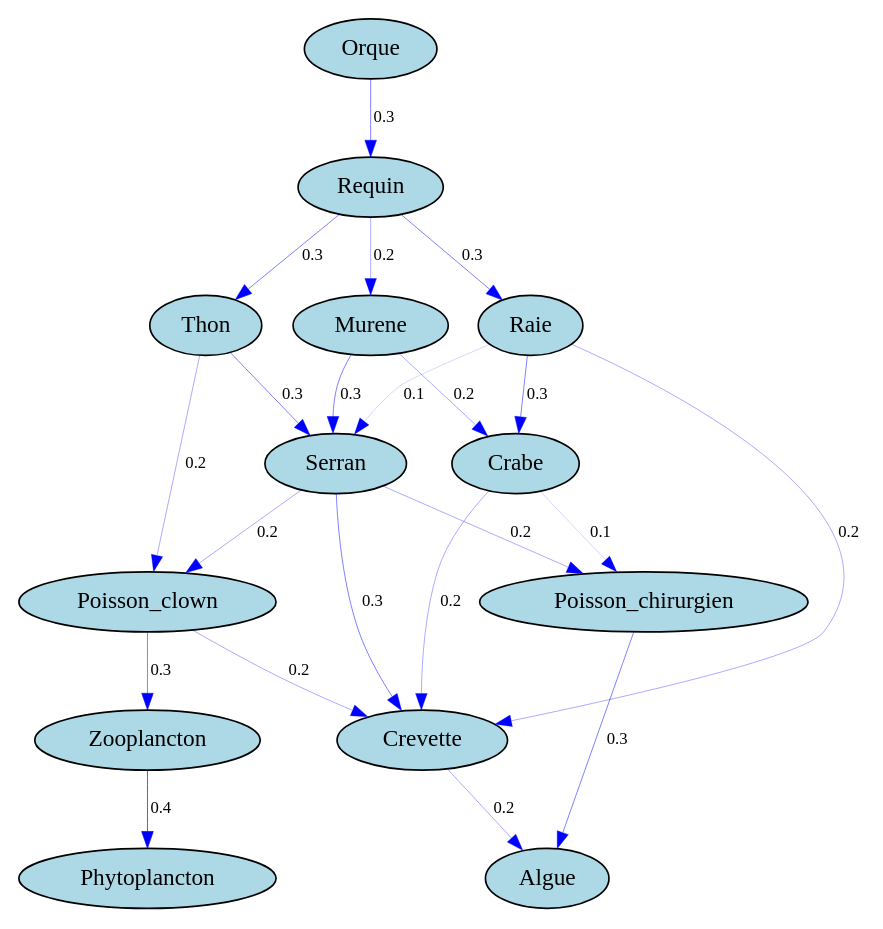
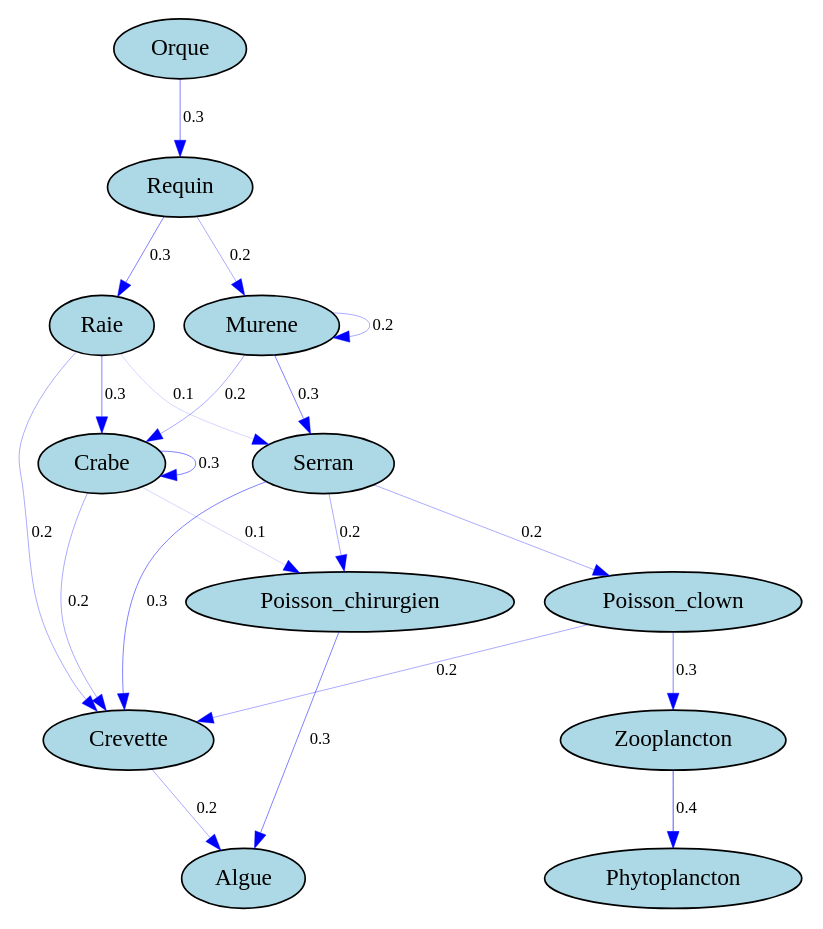
One commit to AliceDecock/ing2-trohic-2024-8-4 changed the diagram in TestR1/cmake-build-debug/reseau_trophique.dot. Above: the diagram before and after it, drawn with Graphviz. The commit also changed 5 other files, not shown here.

```diff
--- a/TestR1/cmake-build-debug/reseau_trophique.dot
+++ b/TestR1/cmake-build-debug/reseau_trophique.dot
@@ -1,25 +1,24 @@
 digraph trophic_network {
     node [style=filled, fillcolor=lightblue, fontcolor=black];
     edge [color=gray, fontsize=10];
     "Crevette" -> "Algue" [label="0.2", color=blue, penwidth=0.2];
     "Poisson_chirurgien" -> "Algue" [label="0.3", color=blue, penwidth=0.3];
     "Zooplancton" -> "Phytoplancton" [label="0.4", color=blue, penwidth=0.4];
     "Poisson_clown" -> "Crevette" [label="0.2", color=blue, penwidth=0.2];
     "Poisson_clown" -> "Zooplancton" [label="0.3", color=blue, penwidth=0.3];
-    "Thon" -> "Poisson_clown" [label="0.2", color=blue, penwidth=0.2];
-    "Thon" -> "Serran" [label="0.3", color=blue, penwidth=0.3];
     "Serran" -> "Crevette" [label="0.3", color=blue, penwidth=0.3];
     "Serran" -> "Poisson_chirurgien" [label="0.2", color=blue, penwidth=0.2];
     "Serran" -> "Poisson_clown" [label="0.2", color=blue, penwidth=0.2];
     "Raie" -> "Crevette" [label="0.2", color=blue, penwidth=0.2];
     "Raie" -> "Serran" [label="0.1", color=blue, penwidth=0.1];
     "Raie" -> "Crabe" [label="0.3", color=blue, penwidth=0.3];
     "Crabe" -> "Crevette" [label="0.2", color=blue, penwidth=0.2];
     "Crabe" -> "Poisson_chirurgien" [label="0.1", color=blue, penwidth=0.1];
-    "Requin" -> "Thon" [label="0.3", color=blue, penwidth=0.3];
+    "Crabe" -> "Crabe" [label="0.3", color=blue, penwidth=0.3];
     "Requin" -> "Raie" [label="0.3", color=blue, penwidth=0.3];
     "Requin" -> "Murene" [label="0.2", color=blue, penwidth=0.2];
     "Murene" -> "Serran" [label="0.3", color=blue, penwidth=0.3];
     "Murene" -> "Crabe" [label="0.2", color=blue, penwidth=0.2];
+    "Murene" -> "Murene" [label="0.2", color=blue, penwidth=0.2];
     "Orque" -> "Requin" [label="0.3", color=blue, penwidth=0.3];
 }
```
